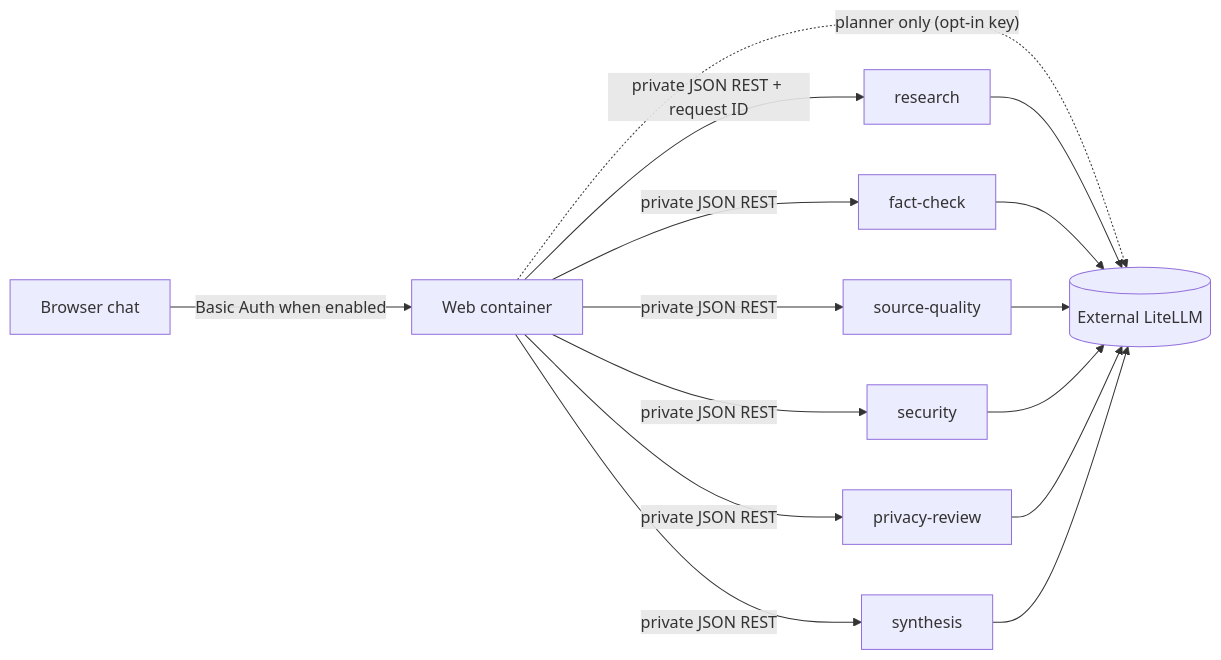
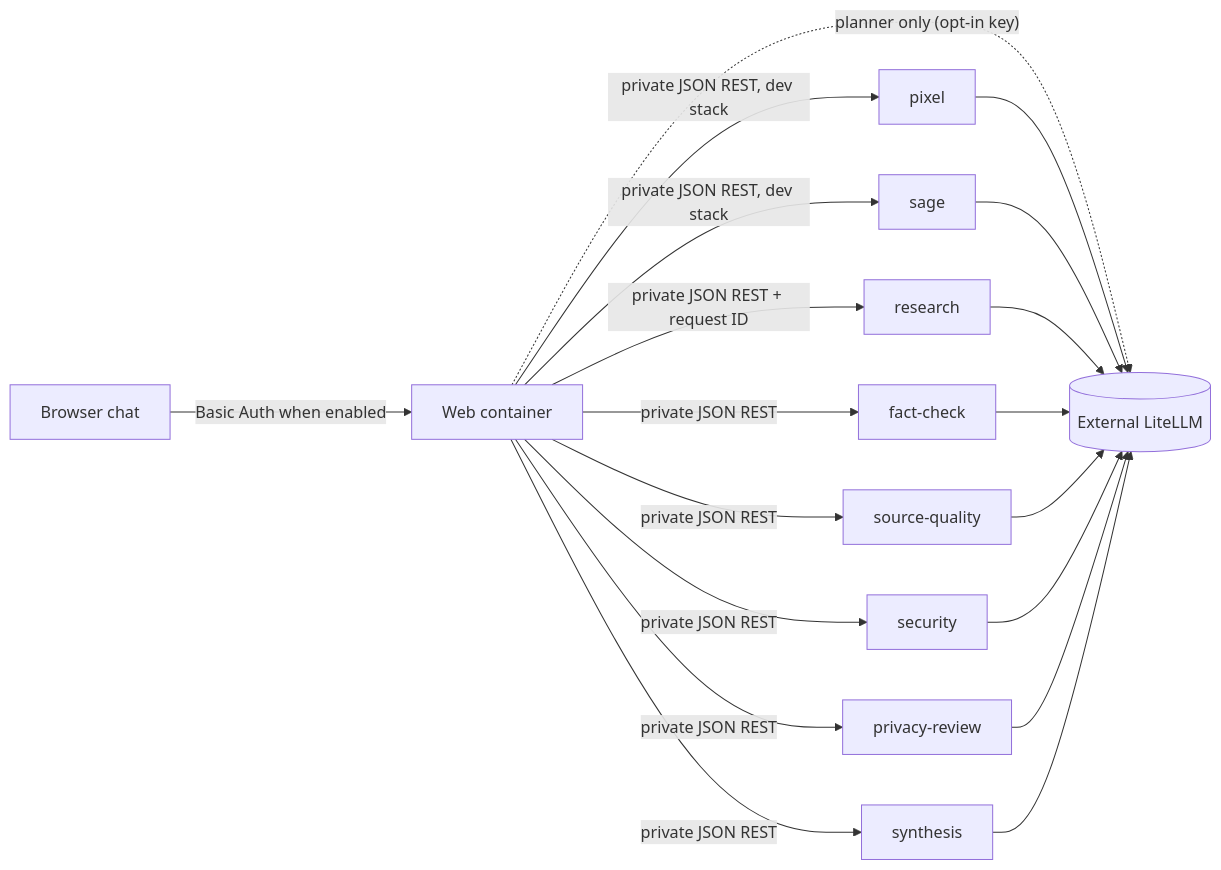
The diagram in README.md (MohamadKanso/viharbot), drawn with Mermaid before and after one commit. The commit also changed other lines of this file and 6 other files, not shown here.

First line of the commit message:
Docs: reconcile README and architecture with the code; add a new-developer start section

````diff
--- a/README.md
+++ b/README.md
@@ -19,17 +46,21 @@
 ```mermaid
 flowchart LR
   B[Browser chat] -->|Basic Auth when enabled| W[Web container]
   W -. "planner only (opt-in key)" .-> L[(External LiteLLM)]
   W -->|private JSON REST + request ID| R[research]
   W -->|private JSON REST| F[fact-check]
   W -->|private JSON REST| Q[source-quality]
   W -->|private JSON REST| S[security]
   W -->|private JSON REST| P[privacy-review]
   W -->|private JSON REST| Y[synthesis]
+  W -->|private JSON REST, dev stack| X[pixel]
+  W -->|private JSON REST, dev stack| G[sage]
+  X --> L
+  G --> L
   R --> L
   F --> L
   Q --> L
   S --> L
   P --> L
   Y --> L
 ```
````
